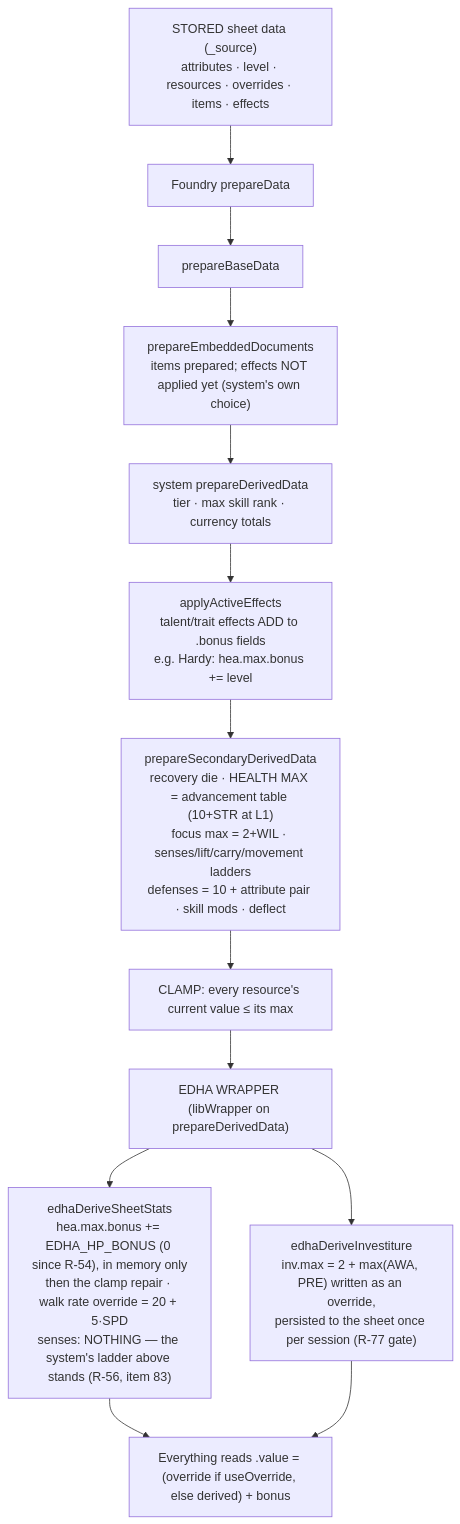
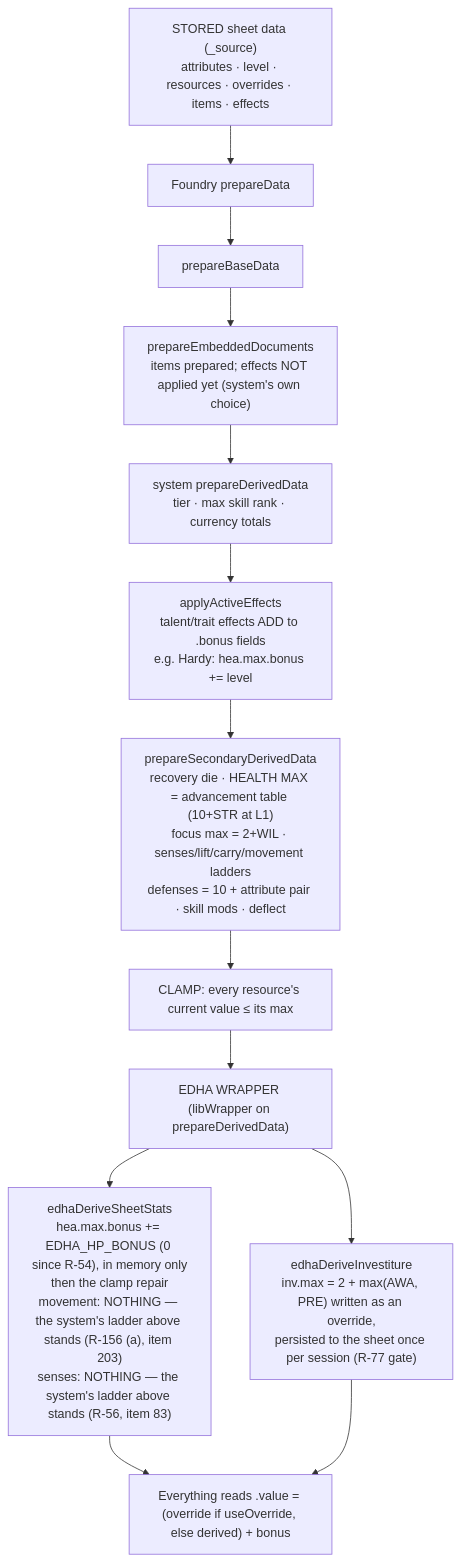
The diagram in docs/ACTOR_STAT_DERIVATION.md (CadburyAtoms/Skilltrees), drawn with Mermaid before and after one commit. The commit also changed other lines of this file and 7 other files, not shown here.

First line of the commit message:
ENGINE-ONLY (F5): R-156 (a) — the movement ladder replaces 20 + 5*SPD (item 203)

````diff
--- a/docs/ACTOR_STAT_DERIVATION.md
+++ b/docs/ACTOR_STAT_DERIVATION.md
@@ -37,16 +38,16 @@
 ```mermaid
 flowchart TD
   S["STORED sheet data (_source)<br/>attributes · level · resources · overrides · items · effects"]
   S --> B["Foundry prepareData"]
   B --> C["prepareBaseData"]
   C --> D["prepareEmbeddedDocuments<br/>items prepared; effects NOT applied yet (system's own choice)"]
   D --> E["system prepareDerivedData<br/>tier · max skill rank · currency totals"]
   E --> F["applyActiveEffects<br/>talent/trait effects ADD to .bonus fields<br/>e.g. Hardy: hea.max.bonus += level"]
   F --> G["prepareSecondaryDerivedData<br/>recovery die · HEALTH MAX = advancement table (10+STR at L1)<br/>focus max = 2+WIL · senses/lift/carry/movement ladders<br/>defenses = 10 + attribute pair · skill mods · deflect"]
   G --> H["CLAMP: every resource's current value ≤ its max"]
   H --> I["EDHA WRAPPER (libWrapper on prepareDerivedData)"]
   I --> J["edhaDeriveInvestiture<br/>inv.max = 2 + max(AWA, PRE) written as an override,<br/>persisted to the sheet once per session (R-77 gate)"]
-  I --> K["edhaDeriveSheetStats<br/>hea.max.bonus += EDHA_HP_BONUS (0 since R-54), in memory only<br/>then the clamp repair · walk rate override = 20 + 5·SPD<br/>senses: NOTHING — the system's ladder above stands (R-56, item 83)"]
+  I --> K["edhaDeriveSheetStats<br/>hea.max.bonus += EDHA_HP_BONUS (0 since R-54), in memory only<br/>then the clamp repair<br/>movement: NOTHING — the system's ladder above stands (R-156 (a), item 203)<br/>senses: NOTHING — the system's ladder above stands (R-56, item 83)"]
   K --> V["Everything reads .value = (override if useOverride, else derived) + bonus"]
   J --> V
 ```
````
